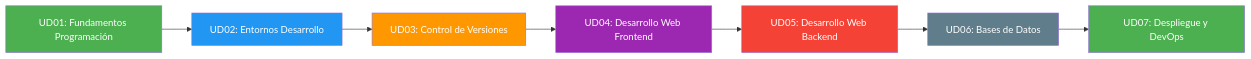
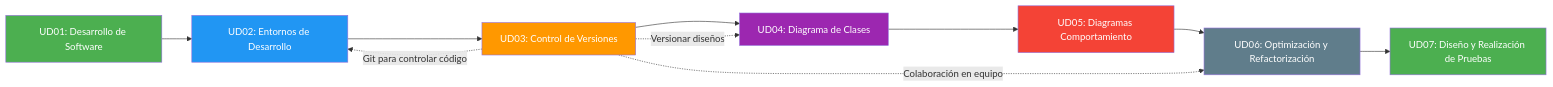
One commit to joseluisgs/EntornosDesarrollo-03-2026-2027 changed the second of 2 diagrams in 06-resumen.md. Above: the diagram before and after it, drawn with Mermaid. The commit also changed other lines of this file and 3 other files, not shown here.

````diff
--- a/06-resumen.md
+++ b/06-resumen.md
@@ -294,17 +294,21 @@
 ```mermaid
 graph LR
-    UD01[UD01: Fundamentos Programación] --> UD02[UD02: Entornos Desarrollo]
+    UD01[UD01: Desarrollo de Software] --> UD02[UD02: Entornos de Desarrollo]
     UD02 --> UD03[UD03: Control de Versiones]
-    UD03 --> UD04[UD04: Desarrollo Web Frontend]
-    UD04 --> UD05[UD05: Desarrollo Web Backend]
-    UD05 --> UD06[UD06: Bases de Datos]
-    UD06 --> UD07[UD07: Despliegue y DevOps]
+    UD03 --> UD04[UD04: Diagrama de Clases]
+    UD04 --> UD05[UD05: Diagramas Comportamiento]
+    UD05 --> UD06[UD06: Optimización y Refactorización]
+    UD06 --> UD07[UD07: Diseño y Realización de Pruebas]
+
+    UD03 -.->|Git para controlar código| UD02
+    UD03 -.->|Versionar diseños| UD04
+    UD03 -.->|Colaboración en equipo| UD06
 
     style UD01 fill:#4CAF50,color:#fff
     style UD02 fill:#2196F3,color:#fff
     style UD03 fill:#FF9800,color:#fff
     style UD04 fill:#9C27B0,color:#fff
     style UD05 fill:#f44336,color:#fff
     style UD06 fill:#607D8B,color:#fff
     style UD07 fill:#4CAF50,color:#fff
 ```
````
